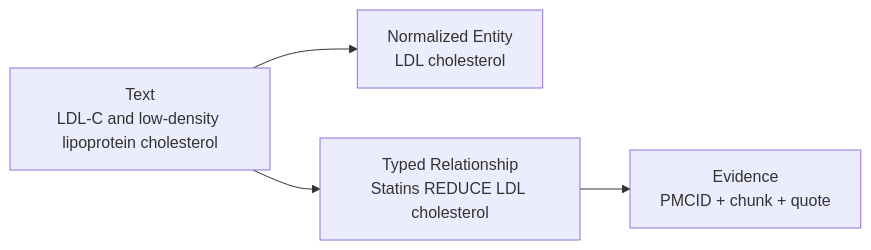
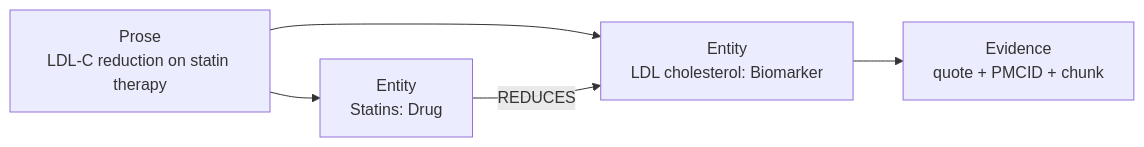
One commit to anthonylitwin/med-graph-rag changed the second of 12 diagrams in docs/capstone_presentation.md. Above: the diagram before and after it, drawn with Mermaid. The commit also changed other lines of this file, not shown here.

````diff
--- a/docs/capstone_presentation.md
+++ b/docs/capstone_presentation.md
@@ -100,6 +130,7 @@
 ```mermaid
 flowchart LR
-    T["Text<br/>LDL-C and low-density lipoprotein cholesterol"] --> N["Normalized Entity<br/>LDL cholesterol"]
-    T --> R["Typed Relationship<br/>Statins REDUCE LDL cholesterol"]
-    R --> E["Evidence<br/>PMCID + chunk + quote"]
+    A["Prose<br/>LDL-C reduction on statin therapy"] --> B["Entity<br/>Statins: Drug"]
+    A --> C["Entity<br/>LDL cholesterol: Biomarker"]
+    B -->|REDUCES| C
+    C --> D["Evidence<br/>quote + PMCID + chunk"]
 ```
````
